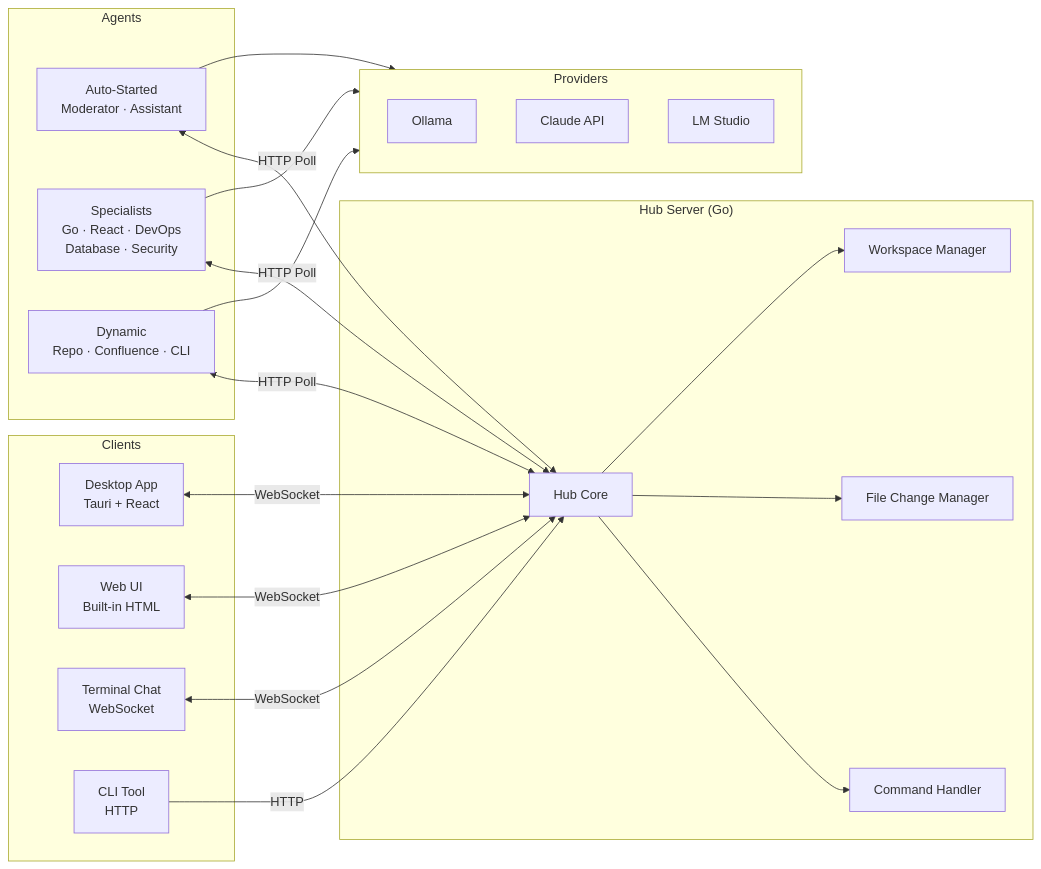
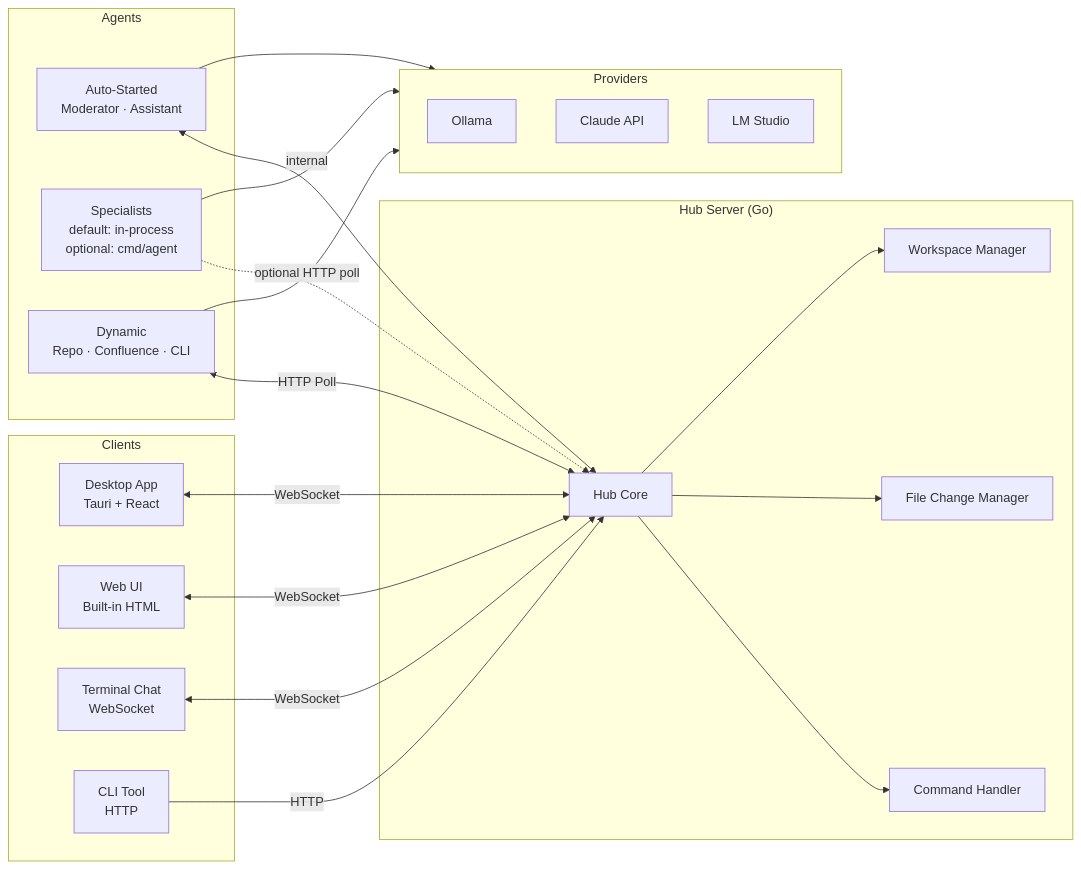
Before and after one commit to camronwood/neural-junkie: the diagram in docs/ARCHITECTURE.md, drawn with Mermaid. The commit also changed other lines of this file and 84 other files, not shown here.

````diff
--- a/docs/ARCHITECTURE.md
+++ b/docs/ARCHITECTURE.md
@@ -7,45 +9,45 @@
 ```mermaid
 graph LR
     subgraph Clients
         Desktop[Desktop App<br/>Tauri + React]
         Web[Web UI<br/>Built-in HTML]
         Chat[Terminal Chat<br/>WebSocket]
         CLI[CLI Tool<br/>HTTP]
     end
 
     subgraph Server["Hub Server (Go)"]
         Hub[Hub Core]
         Commands[Command Handler]
         FileChanges[File Change Manager]
         Workspaces[Workspace Manager]
     end
 
     subgraph Agents
         Auto[Auto-Started<br/>Moderator · Assistant]
-        Specialist[Specialists<br/>Go · React · DevOps<br/>Database · Security]
+        Specialist[Specialists<br/>default: in-process<br/>optional: cmd/agent]
         Dynamic[Dynamic<br/>Repo · Confluence · CLI]
     end
 
     subgraph Providers
         Ollama[Ollama]
         Claude[Claude API]
         LMStudio[LM Studio]
     end
 
     Desktop <-->|WebSocket| Hub
     Web <-->|WebSocket| Hub
     Chat <-->|WebSocket| Hub
     CLI -->|HTTP| Hub
 
     Hub --> Commands
     Hub --> FileChanges
     Hub --> Workspaces
 
-    Auto <-->|HTTP Poll| Hub
-    Specialist <-->|HTTP Poll| Hub
+    Auto <-->|internal| Hub
+    Specialist -. optional HTTP poll .-> Hub
     Dynamic <-->|HTTP Poll| Hub
 
     Specialist --> Providers
     Dynamic --> Providers
     Auto --> Providers
 ```
````
